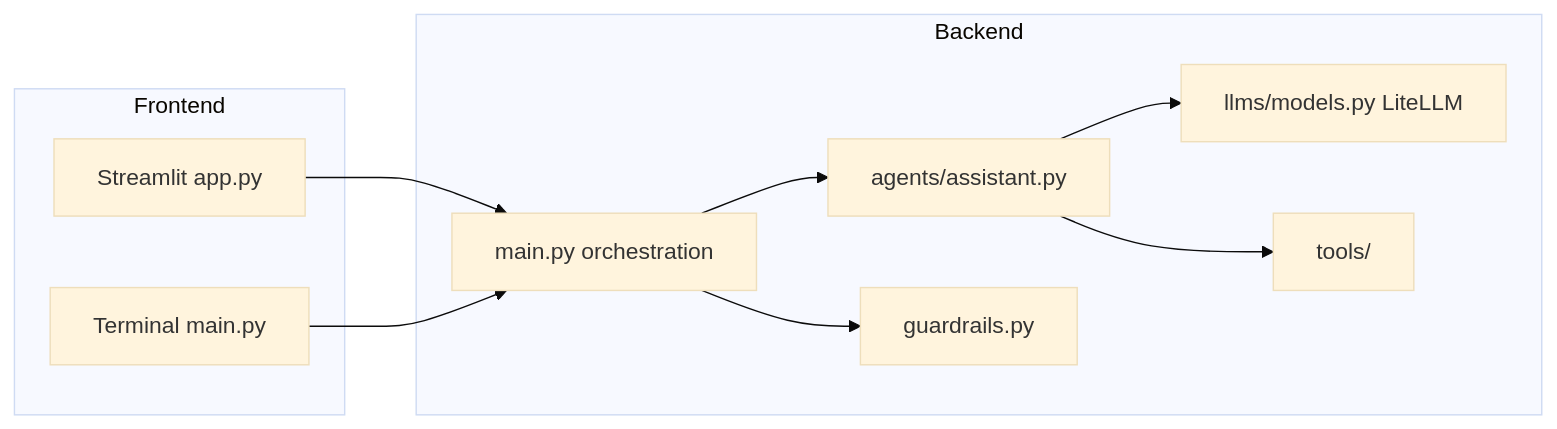
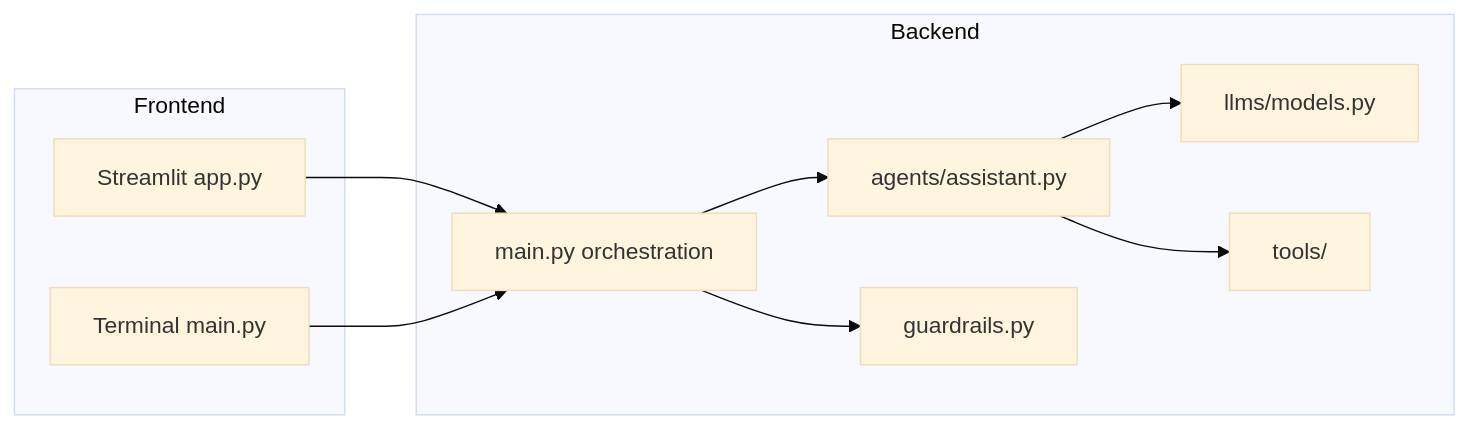
Before and after one commit to Kartikey-2004/Chat_bot: the diagram in README.md, drawn with Mermaid (base theme). The commit also changed other lines of this file and 1 other file, not shown here.

````diff
--- a/README.md
+++ b/README.md
@@ -17,22 +17,22 @@
 ```mermaid
 flowchart LR
-  subgraph frontend [Frontend]
-    UI[Streamlit app.py]
-    CLI[Terminal main.py]
+  subgraph frontend ["Frontend"]
+    UI["Streamlit app.py"]
+    CLI["Terminal main.py"]
   end
 
-  subgraph backend [Backend]
-    ORCH[main.py orchestration]
-    AGENT[agents/assistant.py]
-    LLM[llms/models.py LiteLLM]
-    TOOLS[tools/]
-    GUARD[guardrails.py]
+  subgraph backend ["Backend"]
+    ORCH["main.py orchestration"]
+    AGENT["agents/assistant.py"]
+    LLM["llms/models.py"]
+    TOOLS["tools/"]
+    GUARD["guardrails.py"]
   end
 
   UI --> ORCH
   CLI --> ORCH
   ORCH --> GUARD
   ORCH --> AGENT
   AGENT --> LLM
   AGENT --> TOOLS
 ```
````
